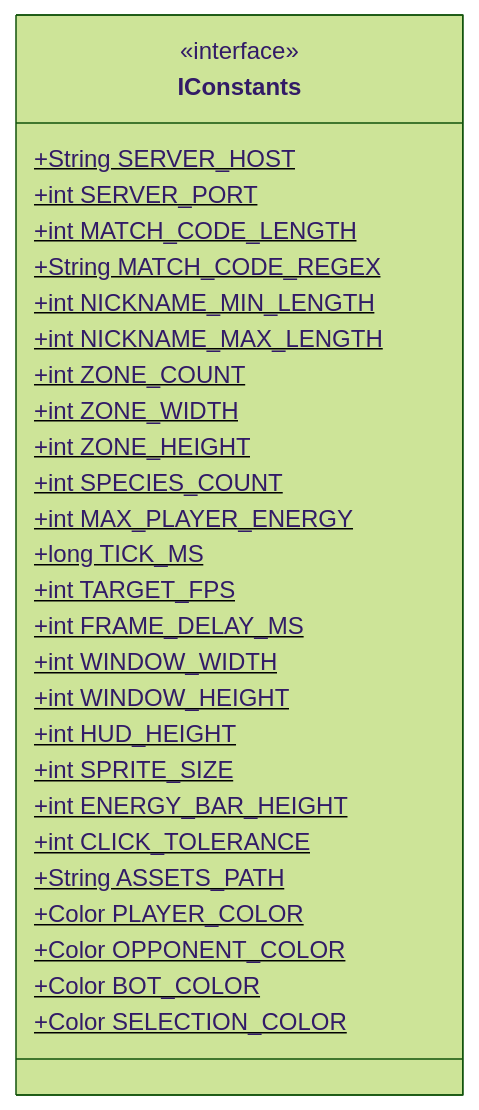
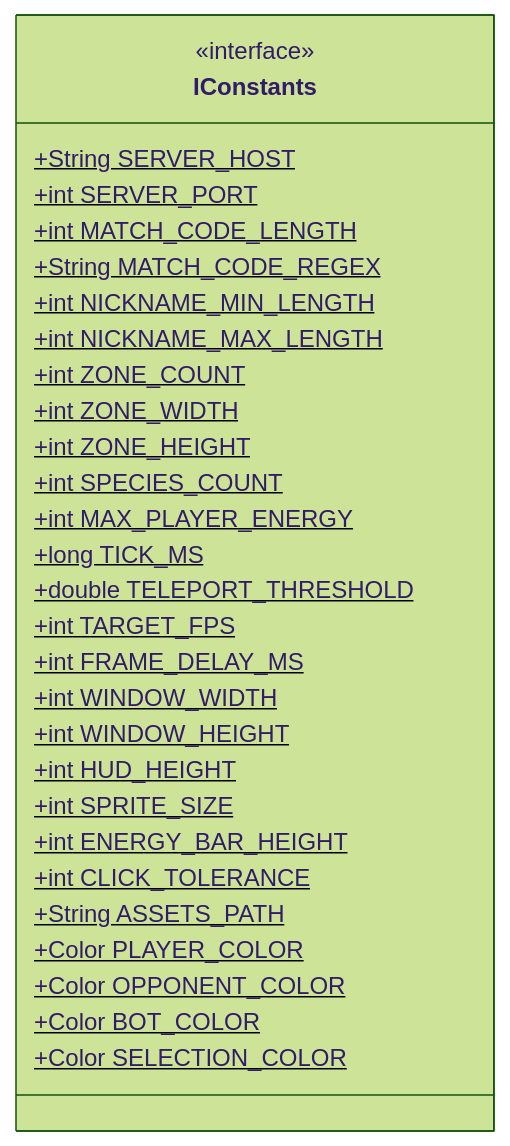
Before and after one commit to AndyQuirosSalazar/jungle-attack-client: the second of 7 diagrams in README.md, drawn with Mermaid (forest theme). The commit also changed other lines of this file and 5 other files, not shown here.

````diff
--- a/README.md
+++ b/README.md
@@ -47,31 +47,32 @@
 ```mermaid
 classDiagram
     class IConstants {
         <<interface>>
         +String SERVER\_HOST$
         +int SERVER\_PORT$
         +int MATCH\_CODE\_LENGTH$
         +String MATCH\_CODE\_REGEX$
         +int NICKNAME\_MIN\_LENGTH$
         +int NICKNAME\_MAX\_LENGTH$
         +int ZONE\_COUNT$
         +int ZONE\_WIDTH$
         +int ZONE\_HEIGHT$
         +int SPECIES\_COUNT$
         +int MAX\_PLAYER\_ENERGY$
         +long TICK\_MS$
+        +double TELEPORT\_THRESHOLD$
         +int TARGET\_FPS$
         +int FRAME\_DELAY\_MS$
         +int WINDOW\_WIDTH$
         +int WINDOW\_HEIGHT$
         +int HUD\_HEIGHT$
         +int SPRITE\_SIZE$
         +int ENERGY\_BAR\_HEIGHT$
         +int CLICK\_TOLERANCE$
         +String ASSETS\_PATH$
         +Color PLAYER\_COLOR$
         +Color OPPONENT\_COLOR$
         +Color BOT\_COLOR$
         +Color SELECTION\_COLOR$
     }
 ```
````
